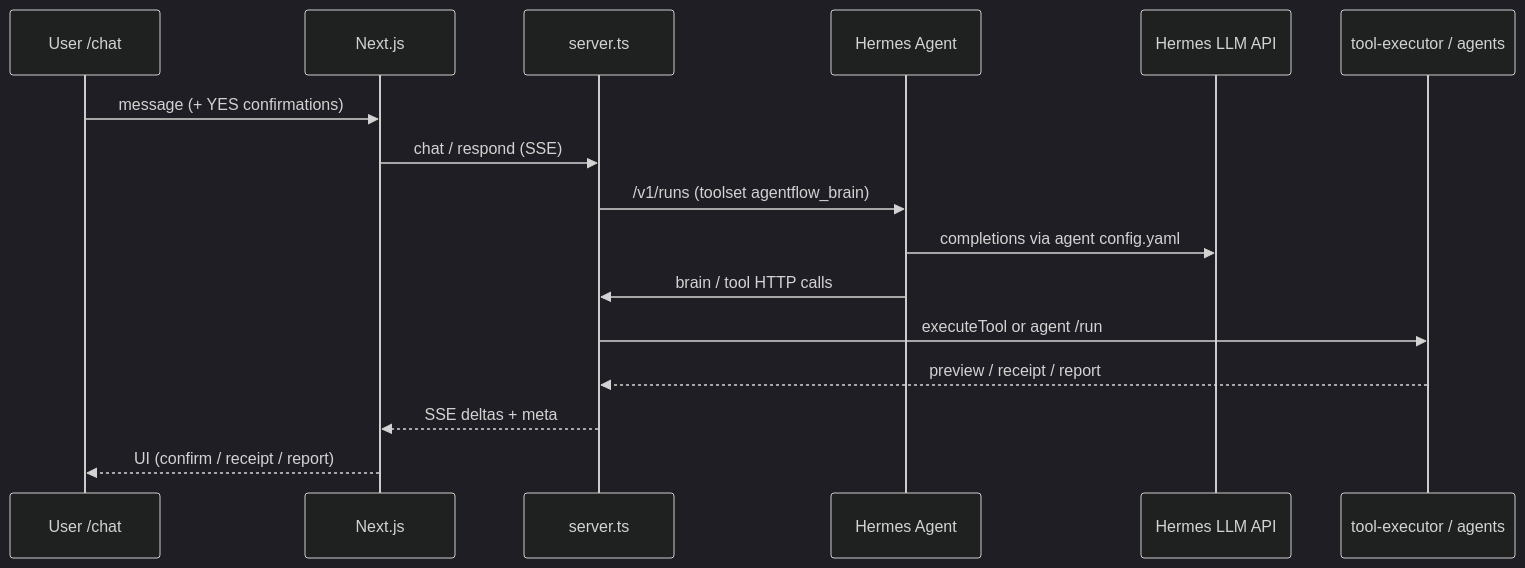
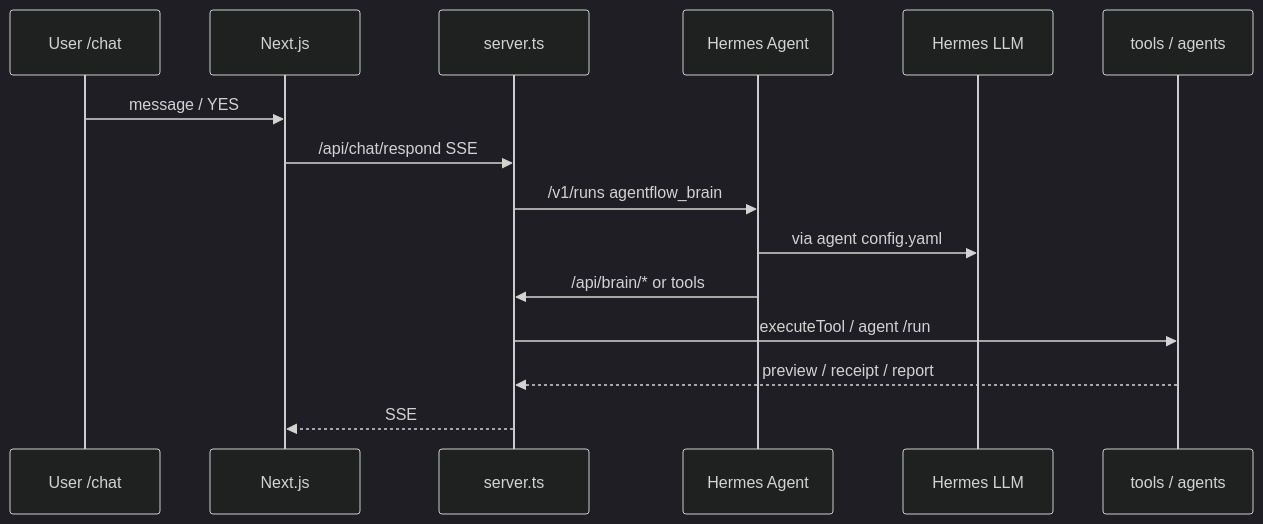
One commit to Snehal707/Agentflow changed the second of 3 diagrams in README.md. Above: the diagram before and after it, drawn with Mermaid (dark theme). The commit also changed other lines of this file, not shown here.

````diff
--- a/README.md
+++ b/README.md
@@ -158,19 +87,18 @@
 ```mermaid
 sequenceDiagram
   participant U as User /chat
   participant FE as Next.js
   participant API as server.ts
   participant HA as Hermes Agent
-  participant LLM as Hermes LLM API
-  participant TE as tool-executor / agents
+  participant LLM as Hermes LLM
+  participant TE as tools / agents
 
-  U->>FE: message (+ YES confirmations)
-  FE->>API: chat / respond (SSE)
-  API->>HA: /v1/runs (toolset agentflow_brain)
-  HA->>LLM: completions via agent config.yaml
-  HA->>API: brain / tool HTTP calls
-  API->>TE: executeTool or agent /run
+  U->>FE: message / YES
+  FE->>API: /api/chat/respond SSE
+  API->>HA: /v1/runs agentflow_brain
+  HA->>LLM: via agent config.yaml
+  HA->>API: /api/brain/* or tools
+  API->>TE: executeTool / agent /run
   TE-->>API: preview / receipt / report
-  API-->>FE: SSE deltas + meta
-  FE-->>U: UI (confirm / receipt / report)
+  API-->>FE: SSE
 ```
````
